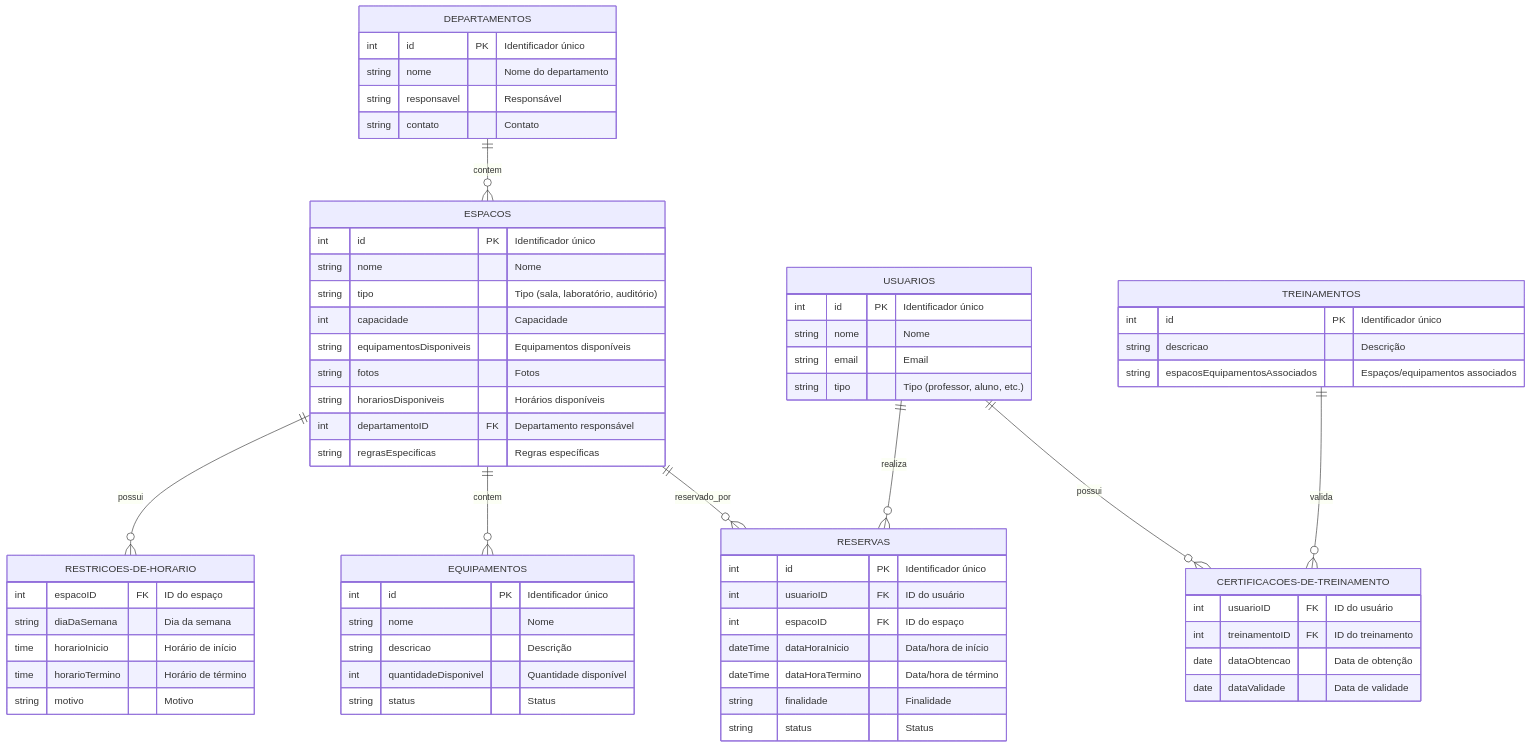
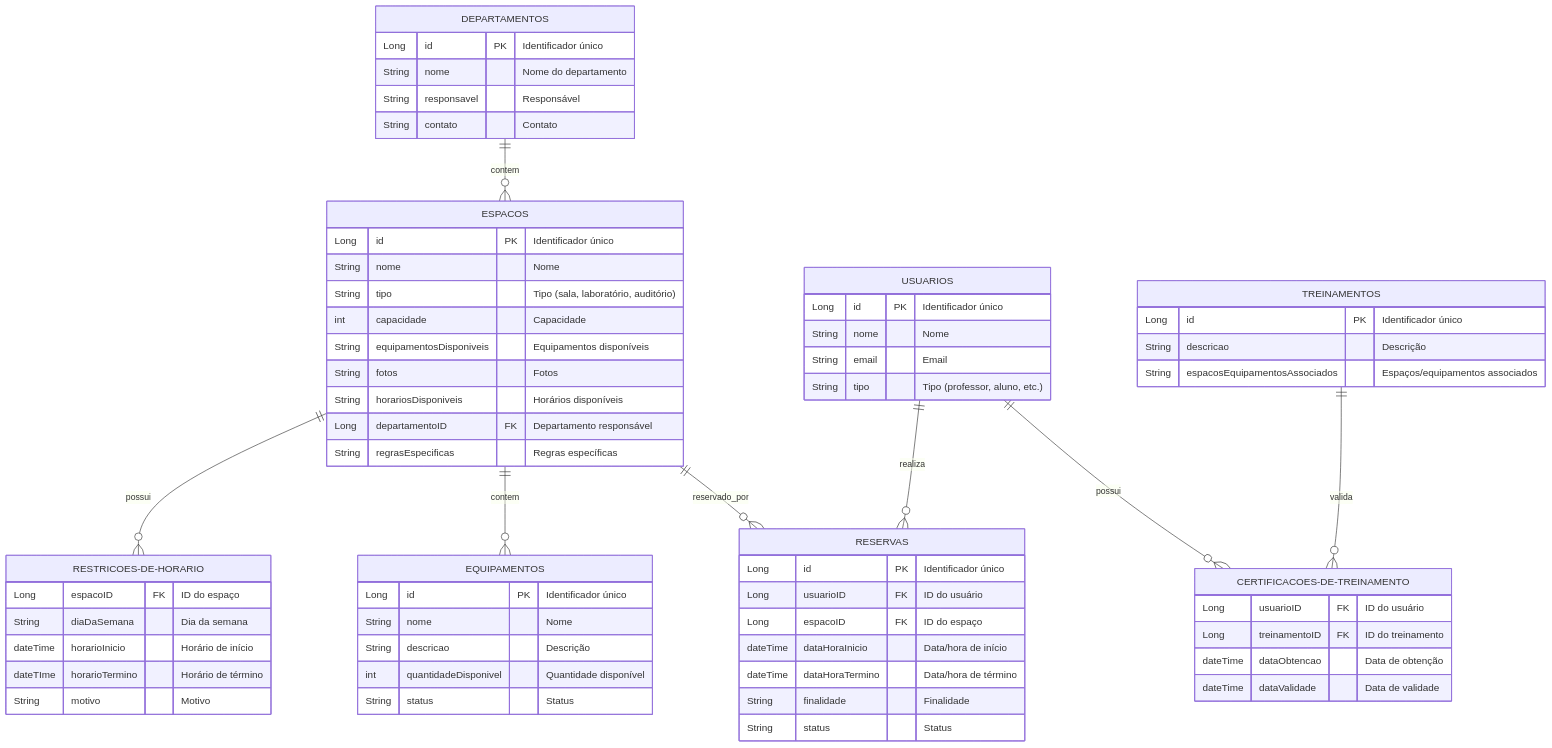
Before and after one commit to AdnRamos/Sistema_de_Reservas_de_Espacos_em_Universidade: the second of 4 diagrams in README.md, drawn with Mermaid. The commit also changed other lines of this file, not shown here.

````diff
--- a/README.md
+++ b/README.md
@@ -82,76 +82,76 @@
 ```mermaid
 erDiagram
     DEPARTAMENTOS ||--o{ ESPACOS : contem
     USUARIOS ||--o{ CERTIFICACOES-DE-TREINAMENTO : possui
     USUARIOS ||--o{ RESERVAS : realiza
     TREINAMENTOS ||--o{ CERTIFICACOES-DE-TREINAMENTO : valida
     ESPACOS ||--o{ RESERVAS : reservado_por
     ESPACOS ||--o{ EQUIPAMENTOS : contem
     ESPACOS ||--o{ RESTRICOES-DE-HORARIO : possui
 
     DEPARTAMENTOS {
-        int id PK "Identificador único"
-        string nome "Nome do departamento"
-        string responsavel "Responsável"
-        string contato "Contato"
+        Long id PK "Identificador único"
+        String nome "Nome do departamento"
+        String responsavel "Responsável"
+        String contato "Contato"
     }
 
     ESPACOS {
-        int id PK "Identificador único"
-        string nome "Nome"
-        string tipo "Tipo (sala, laboratório, auditório)"
+        Long id PK "Identificador único"
+        String nome "Nome"
+        String tipo "Tipo (sala, laboratório, auditório)"
         int capacidade "Capacidade"
-        string equipamentosDisponiveis "Equipamentos disponíveis"
-        string fotos "Fotos"
-        string horariosDisponiveis "Horários disponíveis"
-        int departamentoID FK "Departamento responsável"
-        string regrasEspecificas "Regras específicas"
+        String equipamentosDisponiveis "Equipamentos disponíveis"
+        String fotos "Fotos"
+        String horariosDisponiveis "Horários disponíveis"
+        Long departamentoID FK "Departamento responsável"
+        String regrasEspecificas "Regras específicas"
     }
 
     USUARIOS {
-        int id PK "Identificador único"
-        string nome "Nome"
-        string email "Email"
-        string tipo "Tipo (professor, aluno, etc.)"
+        Long id PK "Identificador único"
+        String nome "Nome"
+        String email "Email"
+        String tipo "Tipo (professor, aluno, etc.)"
     }
 
     RESERVAS {
-        int id PK "Identificador único"
-        int usuarioID FK "ID do usuário"
-        int espacoID FK "ID do espaço"
+        Long id PK "Identificador único"
+        Long usuarioID FK "ID do usuário"
+        Long espacoID FK "ID do espaço"
         dateTime dataHoraInicio "Data/hora de início"
         dateTime dataHoraTermino "Data/hora de término"
-        string finalidade "Finalidade"
-        string status "Status"
+        String finalidade "Finalidade"
+        String status "Status"
     }
 
     EQUIPAMENTOS {
-        int id PK "Identificador único"
-        string nome "Nome"
-        string descricao "Descrição"
+        Long id PK "Identificador único"
+        String nome "Nome"
+        String descricao "Descrição"
         int quantidadeDisponivel "Quantidade disponível"
-        string status "Status"
+        String status "Status"
     }
 
     TREINAMENTOS {
-        int id PK "Identificador único"
-        string descricao "Descrição"
-        string espacosEquipamentosAssociados "Espaços/equipamentos associados"
+        Long id PK "Identificador único"
+        String descricao "Descrição"
+        String espacosEquipamentosAssociados "Espaços/equipamentos associados"
     }
 
     CERTIFICACOES-DE-TREINAMENTO {
-        int usuarioID FK "ID do usuário"
-        int treinamentoID FK "ID do treinamento"
-        date dataObtencao "Data de obtenção"
-        date dataValidade "Data de validade"
+        Long usuarioID FK "ID do usuário"
+        Long treinamentoID FK "ID do treinamento"
+        dateTime dataObtencao "Data de obtenção"
+        dateTime dataValidade "Data de validade"
     }
 
     RESTRICOES-DE-HORARIO {
-        int espacoID FK "ID do espaço"
-        string diaDaSemana "Dia da semana"
-        time horarioInicio "Horário de início"
-        time horarioTermino "Horário de término"
-        string motivo "Motivo"
+        Long espacoID FK "ID do espaço"
+        String diaDaSemana "Dia da semana"
+        dateTime horarioInicio "Horário de início"
+        dateTIme horarioTermino "Horário de término"
+        String motivo "Motivo"
     }
 
 ```
````
